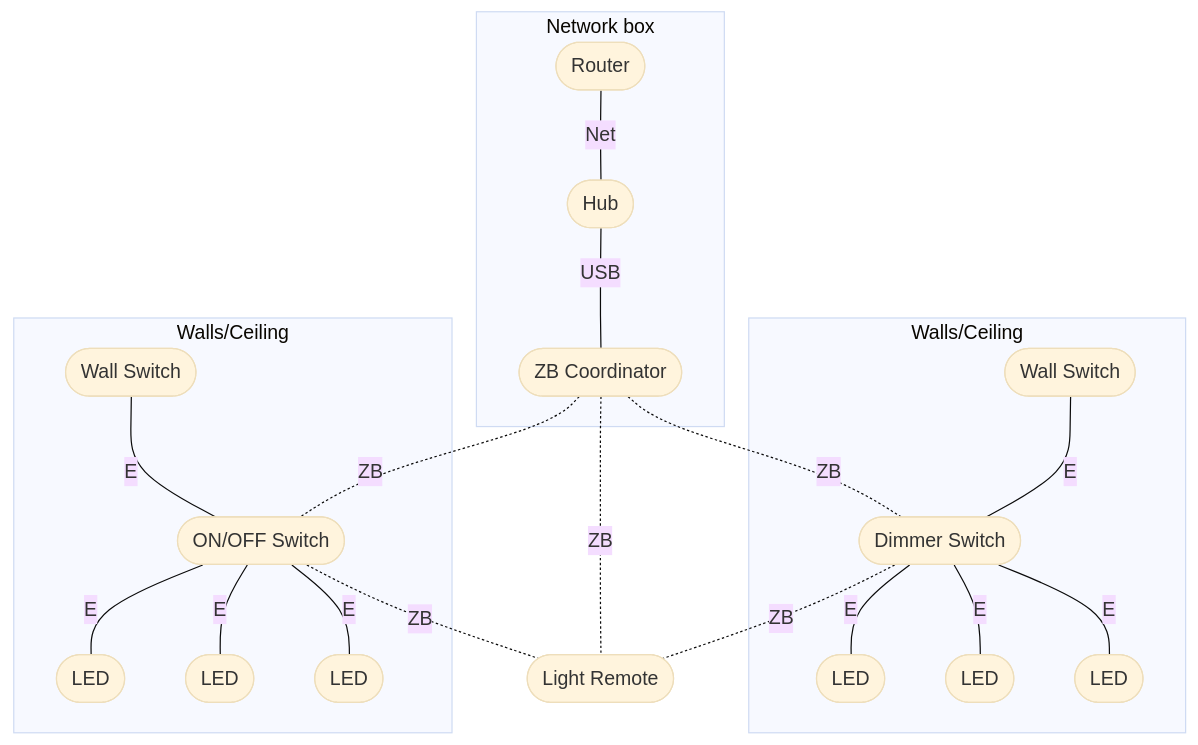
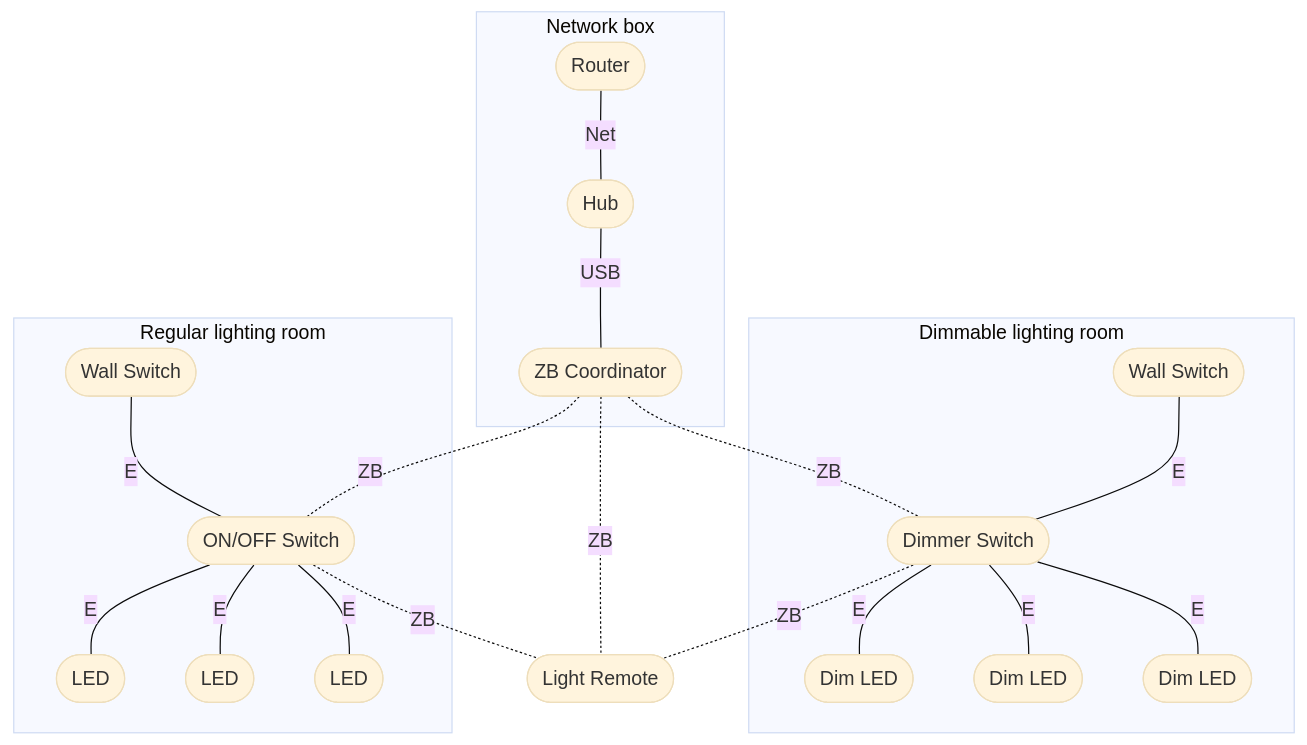
The diagram in content/note/connected-home-switches.md (freenandes/topo-da-mente), drawn with Mermaid (base theme) before and after one commit.

Commit message:
Dec 20, 2023, 9:21 PM

````diff
--- a/content/note/connected-home-switches.md
+++ b/content/note/connected-home-switches.md
@@ -73,26 +73,26 @@
 ```mermaid
 flowchart TB
 subgraph nwb[Network box]
     iro([Router]) --Net---
     hub([Hub]) --USB---
     coo([ZB Coordinator])
 end
 coo -.ZB.- rem([Light Remote])
-subgraph con[Walls/Ceiling]
-    dsw([Dimmer Switch]) --E--- ll1([LED])
-    dsw --E--- ll2([LED])
-    dsw --E--- ll3([LED])
+subgraph con[Dimmable lighting room]
+    dsw([Dimmer Switch]) --E--- ll1([Dim LED])
+    dsw --E--- ll2([Dim LED])
+    dsw --E--- ll3([Dim LED])
     wls([Wall Switch]) --E--- dsw
 end
 coo -.ZB.- dsw
 dsw -.ZB.- rem
-subgraph reg[Walls/Ceiling]
+subgraph reg[Regular lighting room]
     oos([ON/OFF Switch]) --E--- ll4([LED])
     oos --E--- ll5([LED])
     oos --E--- ll6([LED])
     rws([Wall Switch])
 end
 coo -.ZB.- oos
 oos -.ZB.- rem
 rws --E--- oos
 ```
````
